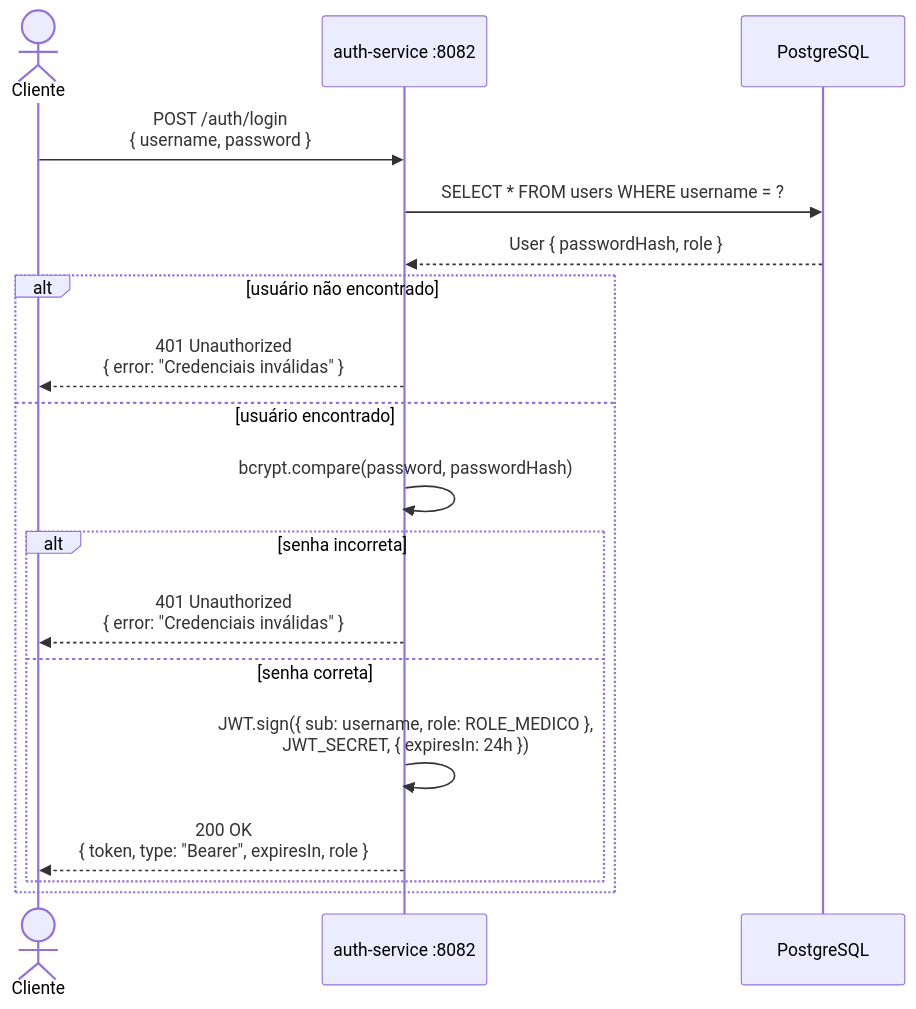
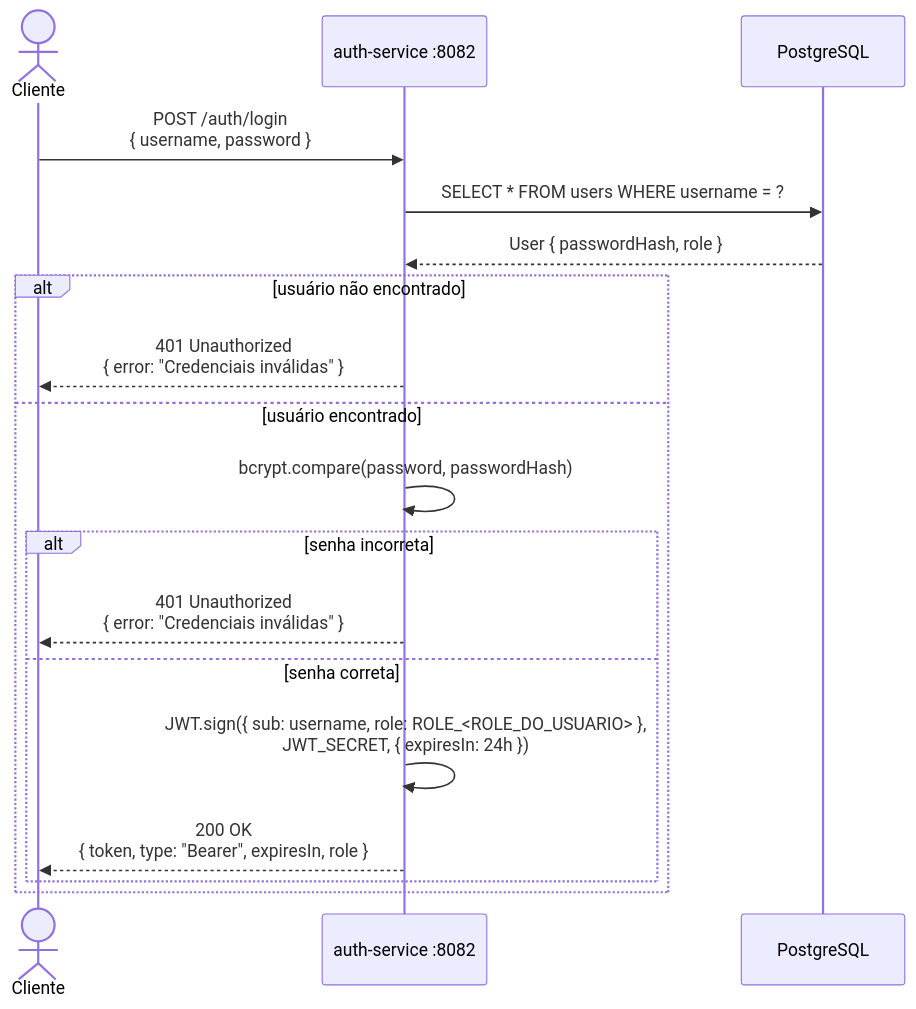
One commit to LucasBruner/Morbus changed the second of 13 diagrams in docs/sequencias-diagrama.md. Above: the diagram before and after it, drawn with Mermaid. The commit also changed other lines of this file and 4 other files, not shown here.

````diff
--- a/docs/sequencias-diagrama.md
+++ b/docs/sequencias-diagrama.md
@@ -53,24 +55,24 @@
 ```mermaid
 sequenceDiagram
     actor Cliente
     participant AuthService as auth-service :8082
     participant DB as PostgreSQL
 
     Cliente->>AuthService: POST /auth/login<br/>{ username, password }
 
     AuthService->>DB: SELECT * FROM users WHERE username = ?
     DB-->>AuthService: User { passwordHash, role }
 
     alt usuário não encontrado
         AuthService-->>Cliente: 401 Unauthorized<br/>{ error: "Credenciais inválidas" }
     else usuário encontrado
         AuthService->>AuthService: bcrypt.compare(password, passwordHash)
 
         alt senha incorreta
             AuthService-->>Cliente: 401 Unauthorized<br/>{ error: "Credenciais inválidas" }
         else senha correta
-            AuthService->>AuthService: JWT.sign({ sub: username, role: ROLE_MEDICO },<br/>JWT_SECRET, { expiresIn: 24h })
+            AuthService->>AuthService: JWT.sign({ sub: username, role: ROLE_<ROLE_DO_USUARIO> },<br/>JWT_SECRET, { expiresIn: 24h })
             AuthService-->>Cliente: 200 OK<br/>{ token, type: "Bearer", expiresIn, role }
         end
     end
 ```
````
